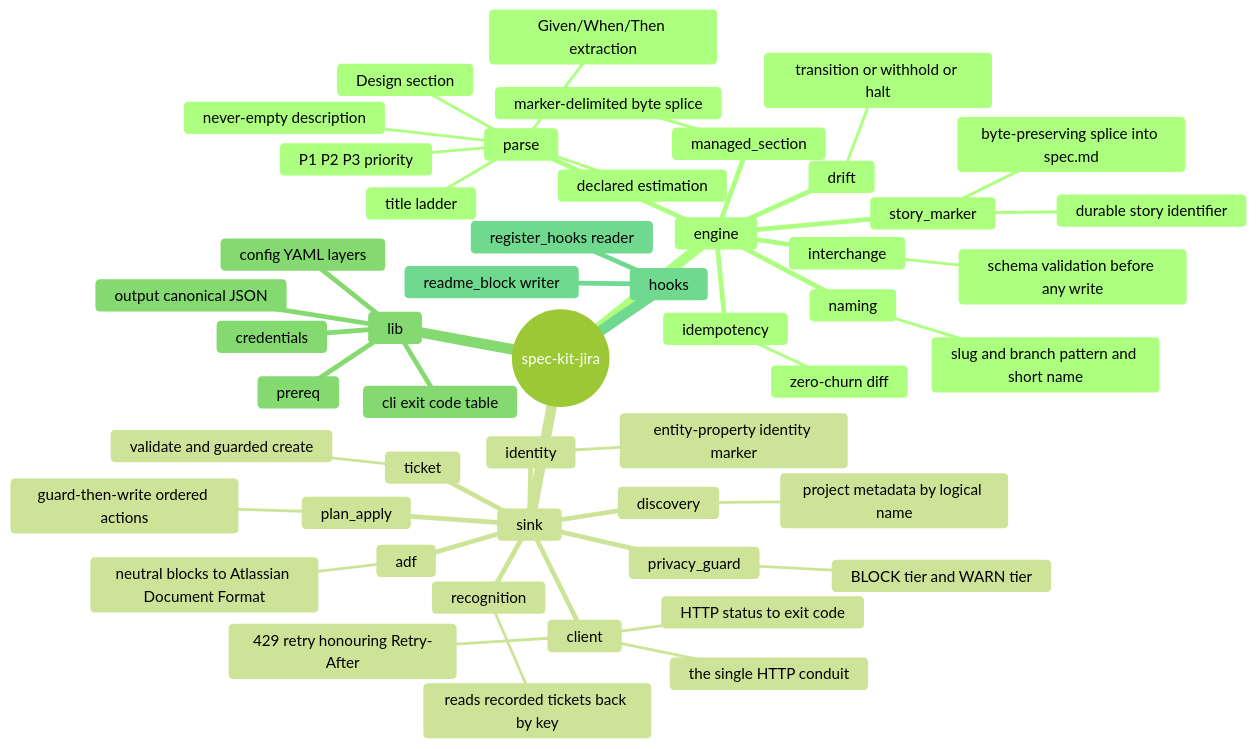
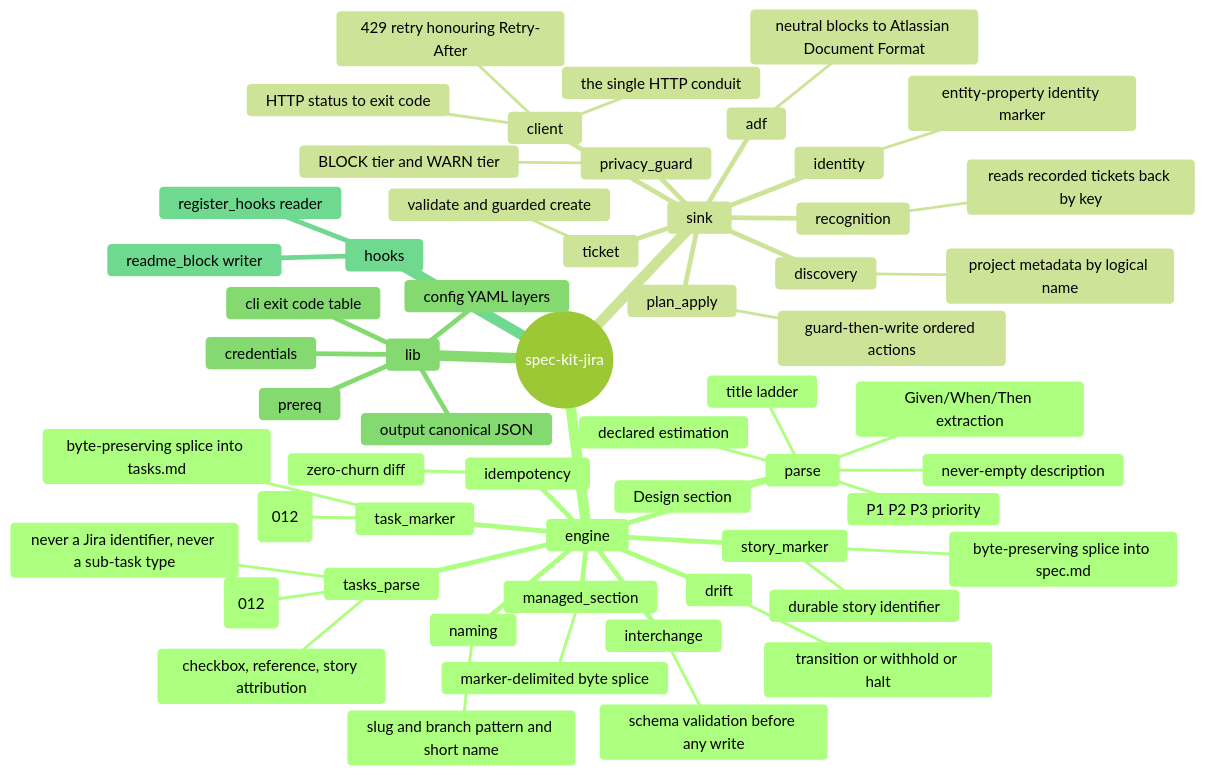
Before and after one commit to Fyloss/spec-kit-jira: the third of 5 diagrams in docs/02-module-architecture.md, drawn with Mermaid (forest theme). The commit also changed other lines of this file and 135 other files, not shown here.

First line of the commit message:
feat: mirror tasks.md into Jira sub-tasks (012-jira-task-subtasks)

````diff
--- a/docs/02-module-architecture.md
+++ b/docs/02-module-architecture.md
@@ -102,53 +104,60 @@
 ```mermaid
 mindmap
   root(("spec-kit-jira"))
     engine
       parse
         title ladder
         never-empty description
         Given/When/Then extraction
         Design section
         P1 P2 P3 priority
         declared estimation
       interchange
         schema validation before any write
       story_marker
         durable story identifier
         byte-preserving splice into spec.md
+      task_marker
+        durable task identifier (012)
+        byte-preserving splice into tasks.md
+      tasks_parse
+        neutral tasks.md reader (012)
+        checkbox, reference, story attribution
+        never a Jira identifier, never a sub-task type
       drift
         transition or withhold or halt
       idempotency
         zero-churn diff
       managed_section
         marker-delimited byte splice
       naming
         slug and branch pattern and short name
     sink
       client
         the single HTTP conduit
         429 retry honouring Retry-After
         HTTP status to exit code
       discovery
         project metadata by logical name
       identity
         entity-property identity marker
       recognition
         reads recorded tickets back by key
       ticket
         validate and guarded create
       adf
         neutral blocks to Atlassian Document Format
       privacy_guard
         BLOCK tier and WARN tier
       plan_apply
         guard-then-write ordered actions
     lib
       cli exit code table
       config YAML layers
       credentials
       output canonical JSON
       prereq
     hooks
       register_hooks reader
       readme_block writer
 ```
````
